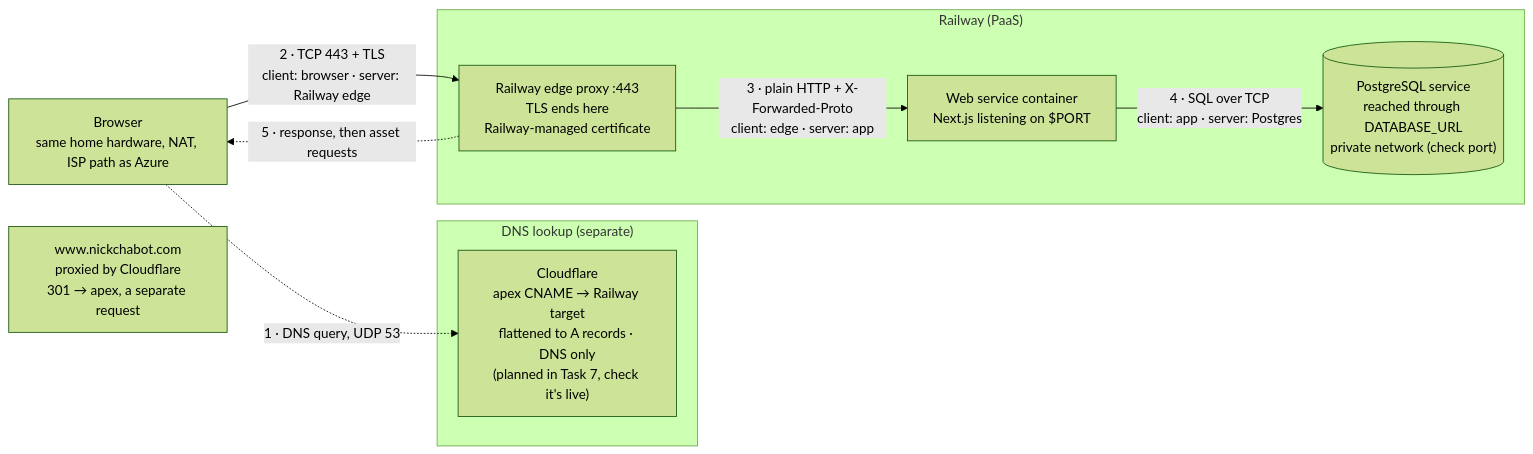
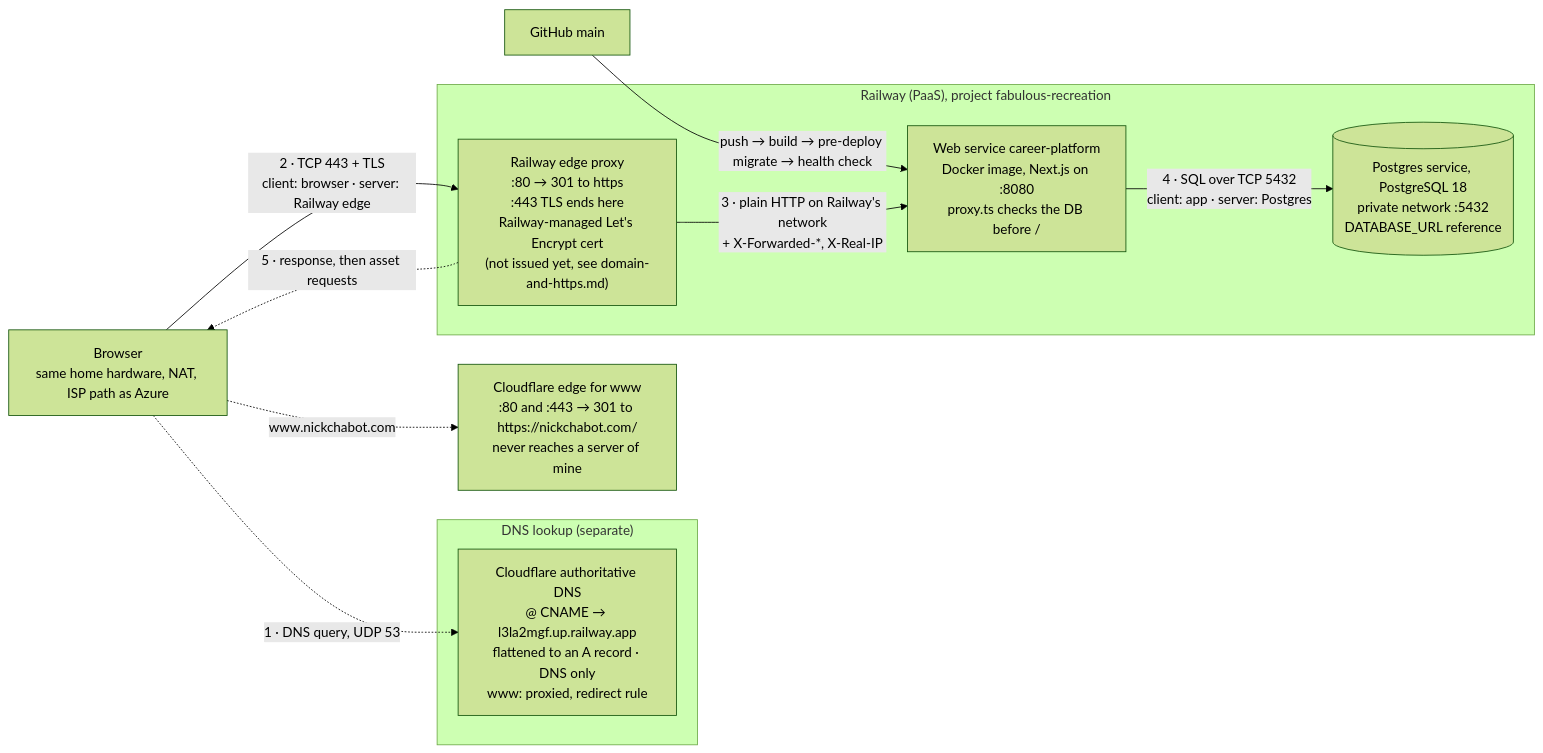
The second of 4 diagrams in docs/request-path.md (nchabot14/career-platform), drawn with Mermaid (forest theme) before and after one commit. The commit also changed other lines of this file and 7 other files, not shown here.

First line of the commit message:
docs: complete the Project 1 engineering record

````diff
--- a/docs/request-path.md
+++ b/docs/request-path.md
@@ -53,22 +53,25 @@
 ```mermaid
 flowchart LR
   B["Browser<br/>same home hardware, NAT, ISP path as Azure"]
 
   subgraph DNSX["DNS lookup (separate)"]
-    CF["Cloudflare<br/>apex CNAME → Railway target<br/>flattened to A records · DNS only<br/>(planned in Task 7, check it's live)"]
+    CF["Cloudflare authoritative DNS<br/>@ CNAME → l3la2mgf.up.railway.app<br/>flattened to an A record · DNS only<br/>www: proxied, redirect rule"]
   end
 
-  subgraph RW["Railway (PaaS)"]
-    EDGE["Railway edge proxy :443<br/>TLS ends here<br/>Railway-managed certificate"]
-    APP["Web service container<br/>Next.js listening on $PORT"]
-    PG[("PostgreSQL service<br/>reached through DATABASE_URL<br/>private network (check port)")]
+  WWW["Cloudflare edge for www<br/>:80 and :443 → 301 to https://nickchabot.com/<br/>never reaches a server of mine"]
+
+  subgraph RW["Railway (PaaS), project fabulous-recreation"]
+    EDGE["Railway edge proxy<br/>:80 → 301 to https<br/>:443 TLS ends here<br/>Railway-managed Let's Encrypt cert<br/>(not issued yet, see domain-and-https.md)"]
+    APP["Web service career-platform<br/>Docker image, Next.js on :8080<br/>proxy.ts checks the DB before /"]
+    PG[("Postgres service, PostgreSQL 18<br/>private network :5432<br/>DATABASE_URL reference")]
   end
 
-  WWW["www.nickchabot.com<br/>proxied by Cloudflare<br/>301 → apex, a separate request"]
+  GH["GitHub main"] -->|"push → build → pre-deploy migrate → health check"| APP
 
   B -.->|"1 · DNS query, UDP 53"| CF
   B -->|"2 · TCP 443 + TLS<br/>client: browser · server: Railway edge"| EDGE
-  EDGE -->|"3 · plain HTTP + X-Forwarded-Proto<br/>client: edge · server: app"| APP
-  APP -->|"4 · SQL over TCP<br/>client: app · server: Postgres"| PG
+  B -.->|"www.nickchabot.com"| WWW
+  EDGE -->|"3 · plain HTTP on Railway's network<br/>+ X-Forwarded-*, X-Real-IP"| APP
+  APP -->|"4 · SQL over TCP 5432<br/>client: app · server: Postgres"| PG
   EDGE -.->|"5 · response, then asset requests"| B
 ```
````
